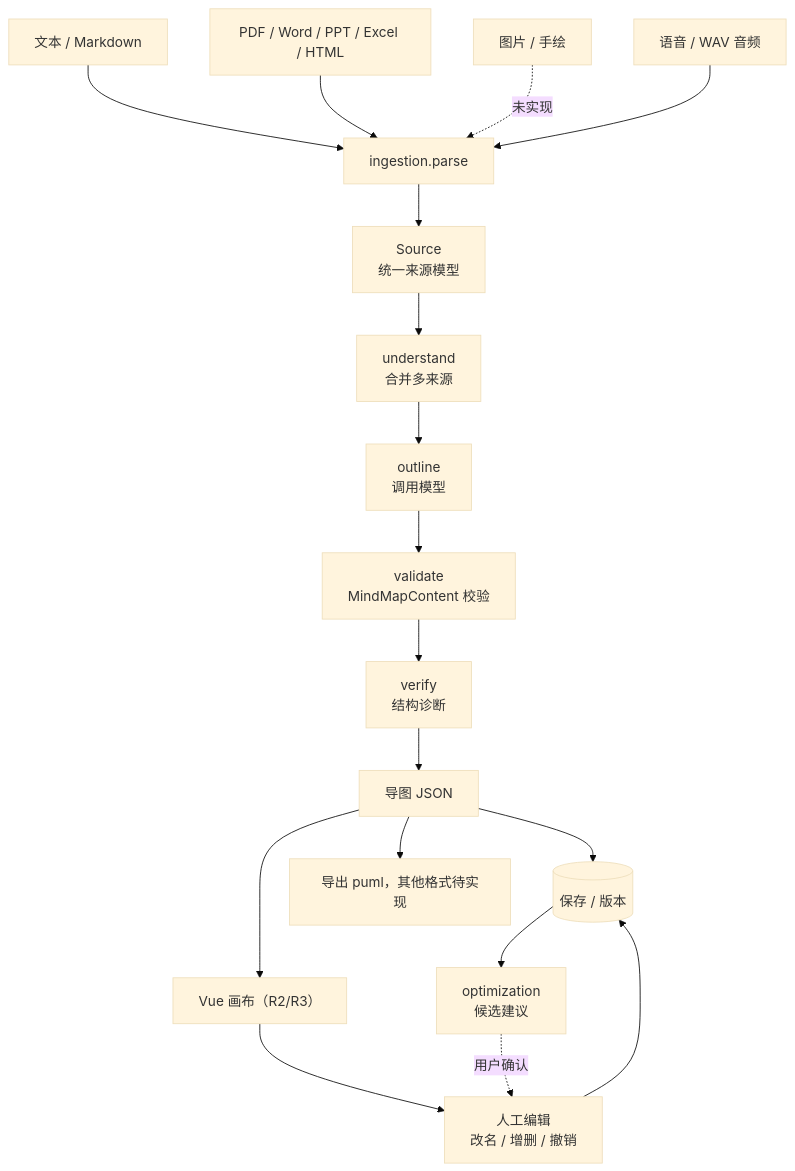
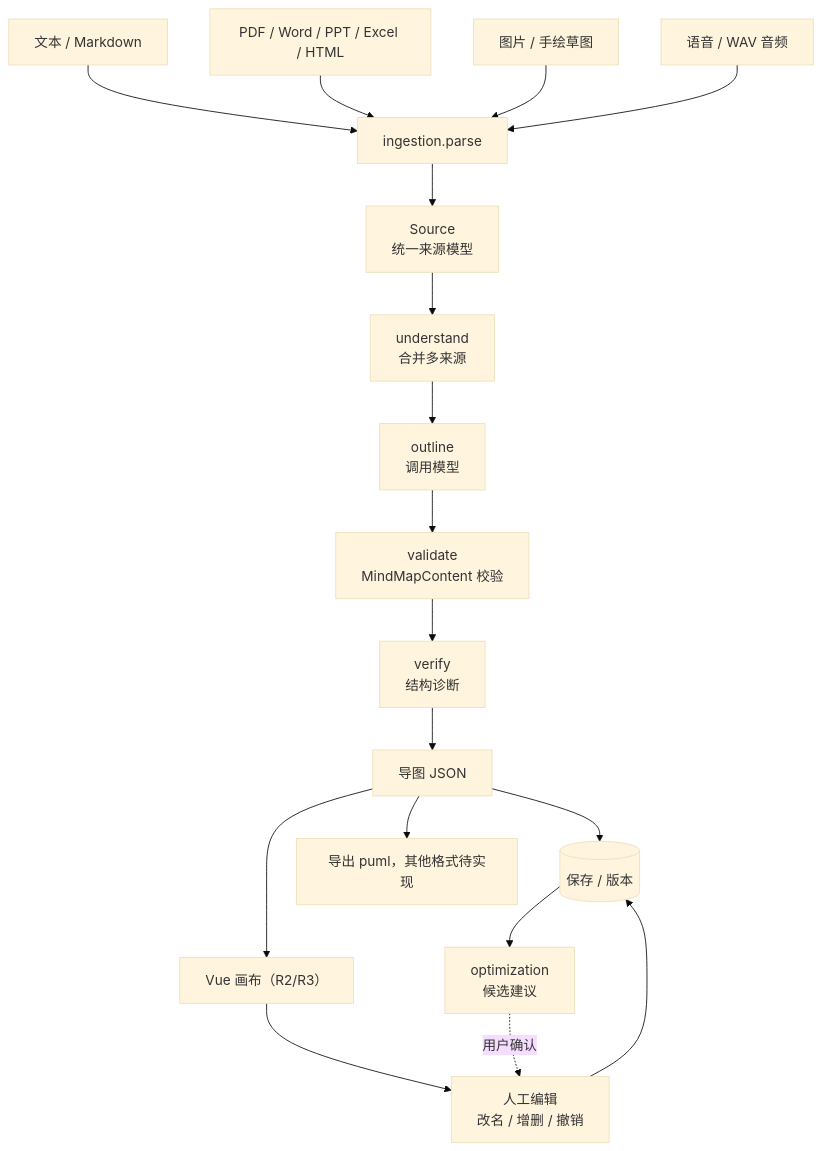
The diagram in docs/FLOW.md (RPeGio/genai-mindmap), drawn with Mermaid (base theme) before and after one commit. The commit also changed other lines of this file and 10 other files, not shown here.

First line of the commit message:
feat(vision): 图片输入复用多模态调用，直出 Markdown

````diff
--- a/docs/FLOW.md
+++ b/docs/FLOW.md
@@ -7,22 +7,22 @@
 ```mermaid
 flowchart TD
   A1[文本 / Markdown] --> S[ingestion.parse]
   A2[PDF / Word / PPT / Excel / HTML] --> S
-  A3[图片 / 手绘] -.未实现.-> S
+  A3[图片 / 手绘草图] --> S
   A4[语音 / WAV 音频] --> S
 
   S --> SRC[Source<br/>统一来源模型]
   SRC --> U[understand<br/>合并多来源]
   U --> O[outline<br/>调用模型]
   O --> V[validate<br/>MindMapContent 校验]
   V --> R[verify<br/>结构诊断]
   R --> MAP[导图 JSON]
 
   MAP --> SAVE[(保存 / 版本)]
   MAP --> CANVAS[Vue 画布（R2/R3）]
   CANVAS --> EDIT[人工编辑<br/>改名 / 增删 / 撤销]
   EDIT --> SAVE
   MAP --> EXP[导出 puml，其他格式待实现]
   SAVE --> SUG[optimization<br/>候选建议]
   SUG -.用户确认.-> EDIT
 ```
````
